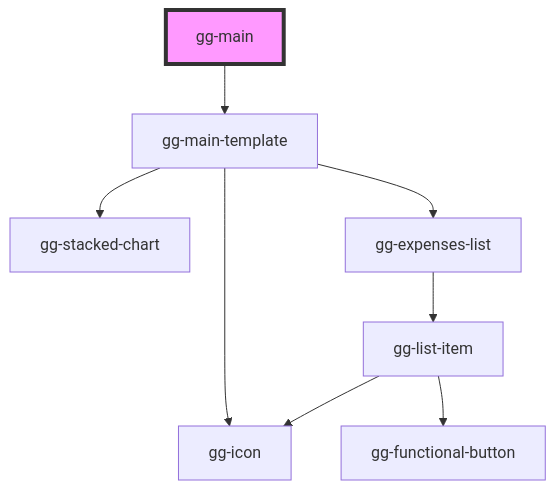
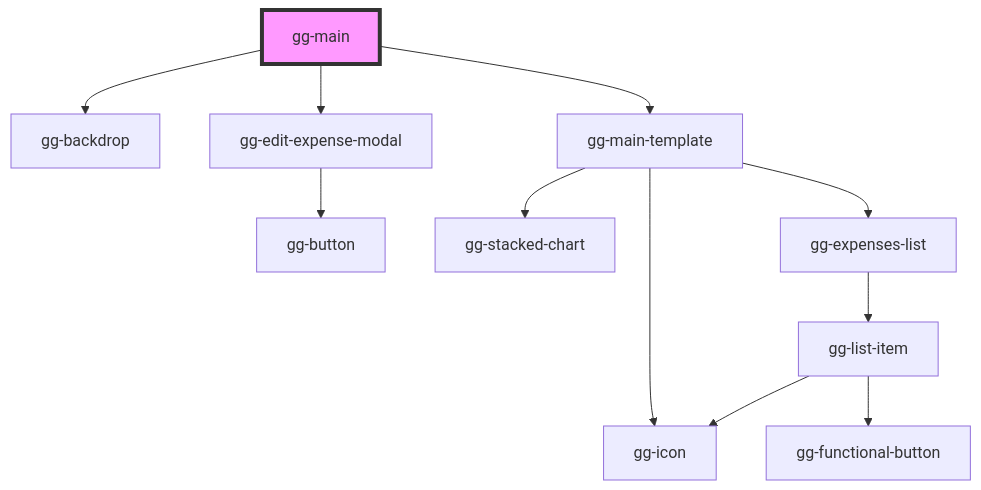
The diagram in src/components/pages/gg-main/readme.md (gulagha/expense-report), drawn with Mermaid before and after one commit. The commit also changed other lines of this file and 8 other files, not shown here.

````diff
--- a/src/components/pages/gg-main/readme.md
+++ b/src/components/pages/gg-main/readme.md
@@ -15,11 +17,14 @@
 ```mermaid
 graph TD;
+  gg-main --> gg-backdrop
+  gg-main --> gg-edit-expense-modal
   gg-main --> gg-main-template
+  gg-edit-expense-modal --> gg-button
   gg-main-template --> gg-icon
   gg-main-template --> gg-stacked-chart
   gg-main-template --> gg-expenses-list
   gg-expenses-list --> gg-list-item
   gg-list-item --> gg-functional-button
   gg-list-item --> gg-icon
   style gg-main fill:#f9f,stroke:#333,stroke-width:4px
 ```
````
